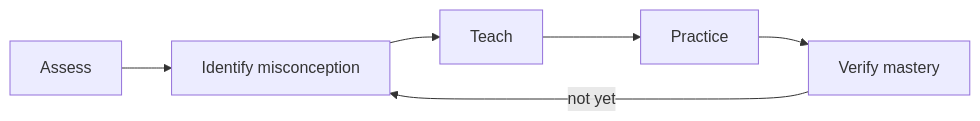
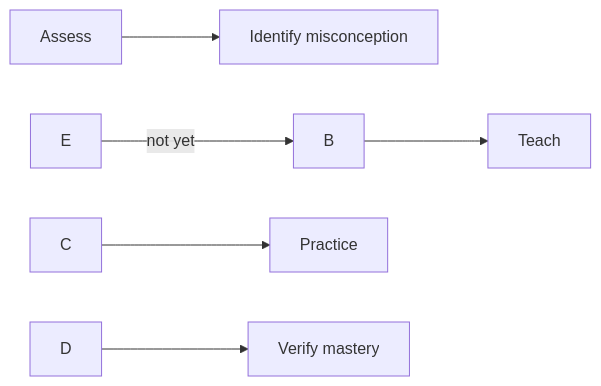
Before and after one commit to Incarnate-Jayatu/MindMate: the diagram in README.md, drawn with Mermaid. The commit also changed other lines of this file and 1 other file, not shown here.

````diff
--- a/README.md
+++ b/README.md
@@ -7,8 +7,8 @@
 ```mermaid
 flowchart LR
-    A[Assess] --> B[Identify misconception]
-    B --> C[Teach]
-    C --> D[Practice]
-    D --> E[Verify mastery]
+    A\\\[Assess] --> B\\\[Identify misconception]
+    B --> C\\\[Teach]
+    C --> D\\\[Practice]
+    D --> E\\\[Verify mastery]
     E -->|not yet| B
 ```
````
